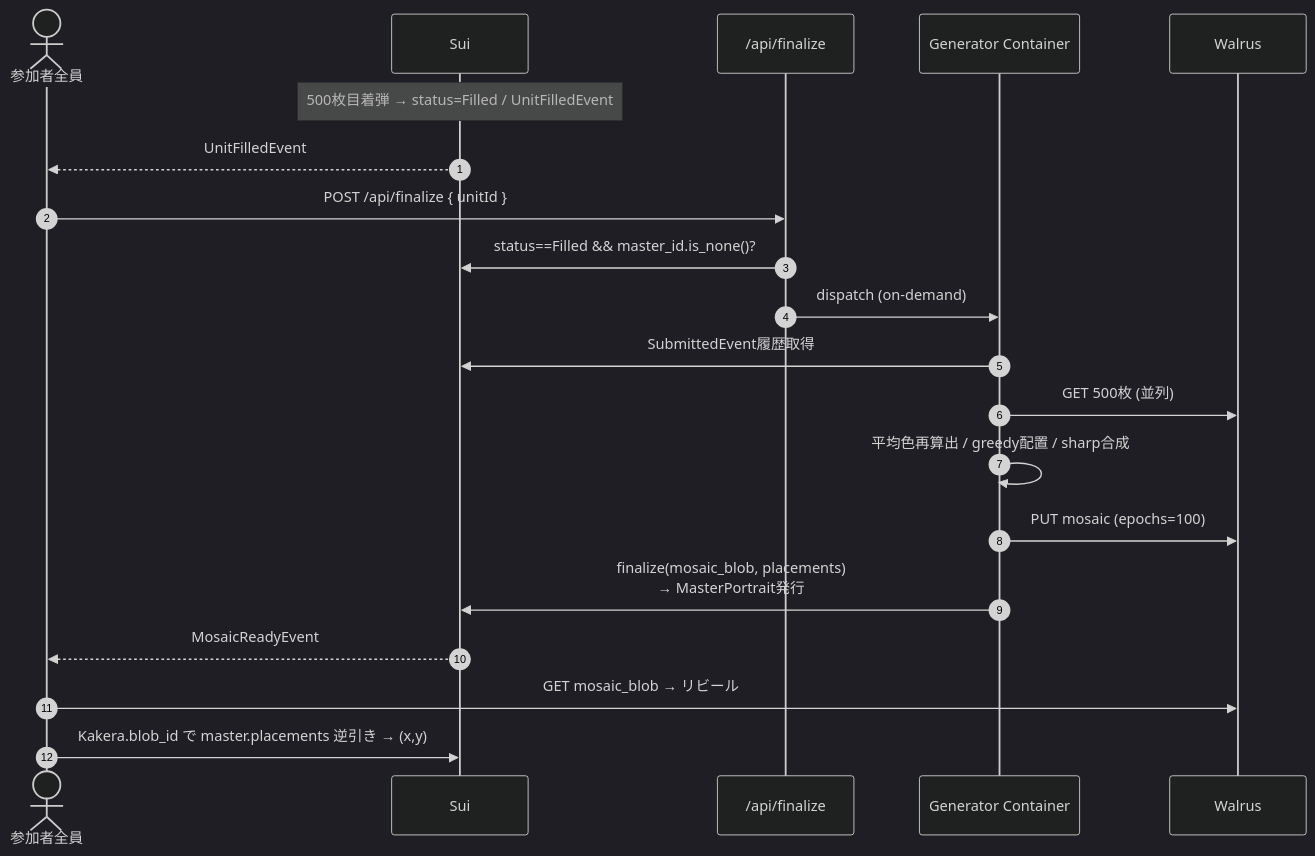
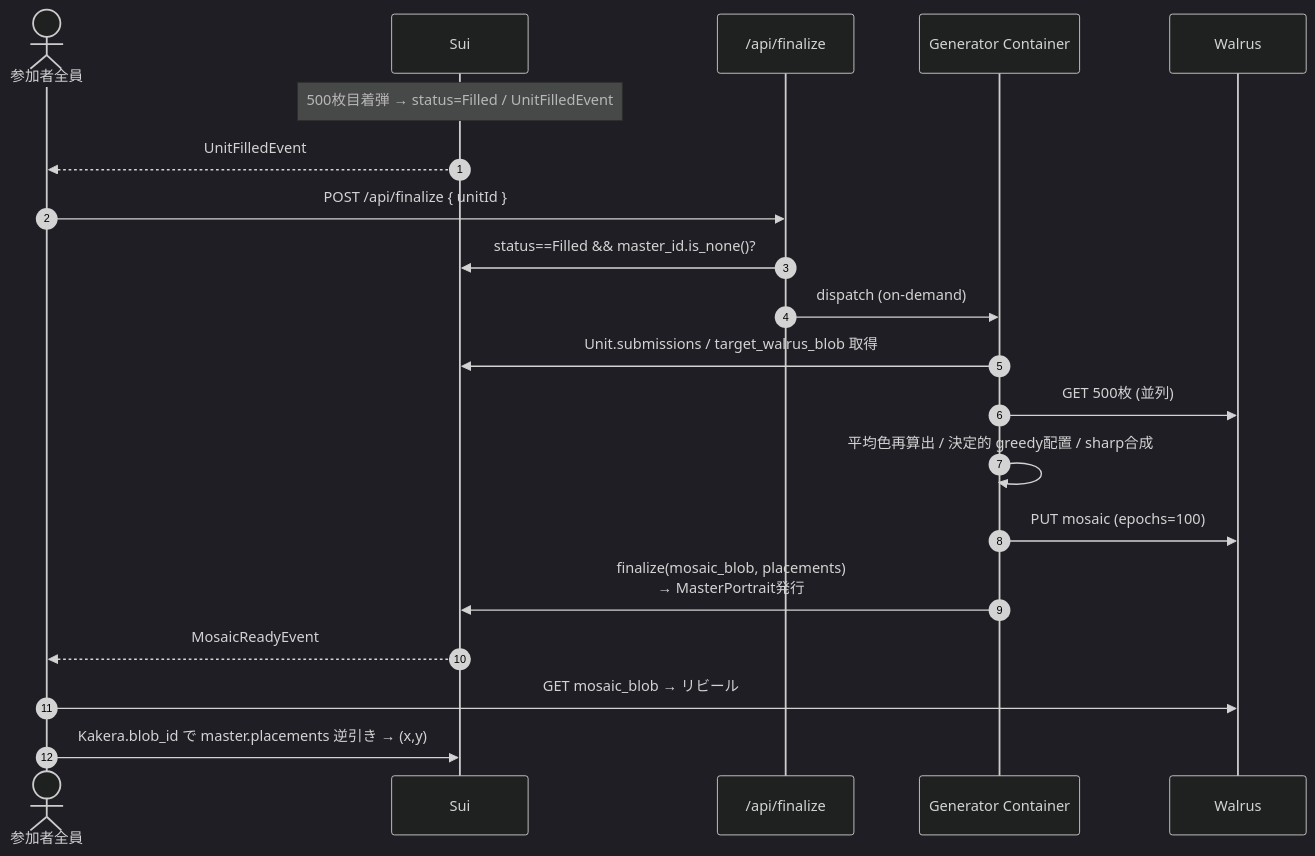
The second of 2 diagrams in docs/tech.md (UnagiLabs/one_portrait), drawn with Mermaid (dark theme) before and after one commit. The commit also changed other lines of this file and 2 other files, not shown here.

````diff
--- a/docs/tech.md
+++ b/docs/tech.md
@@ -54,23 +57,23 @@
 ```mermaid
 sequenceDiagram
     autonumber
     actor Clients as 参加者全員
     participant Sui
     participant Worker as /api/finalize
     participant Gen as Generator Container
     participant Walrus
 
     Note over Sui: 500枚目着弾 → status=Filled / UnitFilledEvent
     Sui-->>Clients: UnitFilledEvent
     Clients->>Worker: POST /api/finalize { unitId }
     Worker->>Sui: status==Filled && master_id.is_none()?
     Worker->>Gen: dispatch (on-demand)
-    Gen->>Sui: SubmittedEvent履歴取得
+    Gen->>Sui: Unit.submissions / target_walrus_blob 取得
     Gen->>Walrus: GET 500枚 (並列)
-    Gen->>Gen: 平均色再算出 / greedy配置 / sharp合成
+    Gen->>Gen: 平均色再算出 / 決定的 greedy配置 / sharp合成
     Gen->>Walrus: PUT mosaic (epochs=100)
     Gen->>Sui: finalize(mosaic_blob, placements)<br/>→ MasterPortrait発行
     Sui-->>Clients: MosaicReadyEvent
     Clients->>Walrus: GET mosaic_blob → リビール
     Clients->>Sui: Kakera.blob_id で master.placements 逆引き → (x,y)
 ```
````
